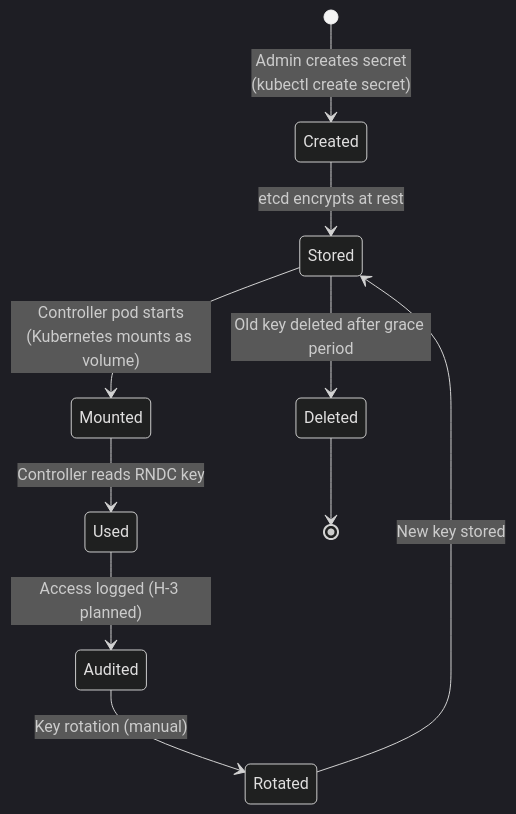
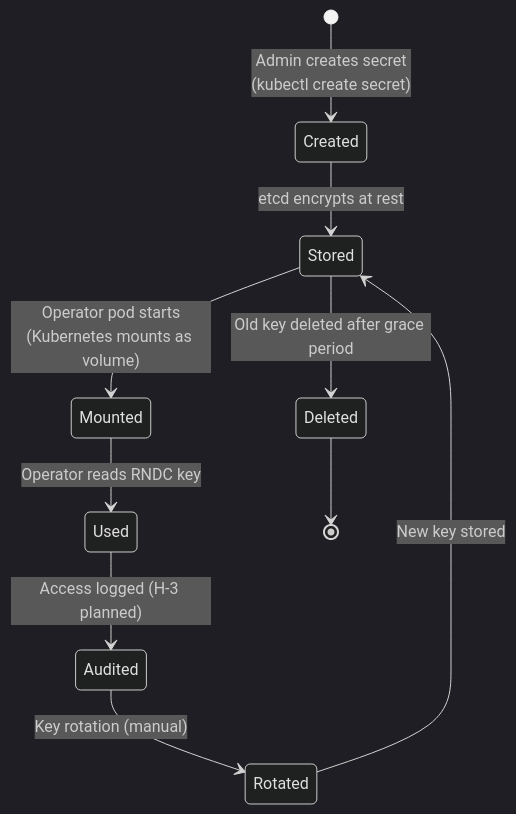
Before and after one commit to firestoned/bindy: the seventh of 9 diagrams in docs/security/ARCHITECTURE.md, drawn with Mermaid (dark theme). The commit also changed other lines of this file and 150 other files, not shown here.

Commit message:
Change the occurences from controller to operator (#83)

````diff
--- a/docs/security/ARCHITECTURE.md
+++ b/docs/security/ARCHITECTURE.md
@@ -429,12 +429,12 @@
 ```mermaid
 stateDiagram-v2
     [*] --> Created: Admin creates secret<br/>(kubectl create secret)
     Created --> Stored: etcd encrypts at rest
-    Stored --> Mounted: Controller pod starts<br/>(Kubernetes mounts as volume)
-    Mounted --> Used: Controller reads RNDC key
+    Stored --> Mounted: Operator pod starts<br/>(Kubernetes mounts as volume)
+    Mounted --> Used: Operator reads RNDC key
     Used --> Audited: Access logged (H-3 planned)
     Audited --> Rotated: Key rotation (manual)
     Rotated --> Stored: New key stored
     Stored --> Deleted: Old key deleted after grace period
     Deleted --> [*]
 ```
````
